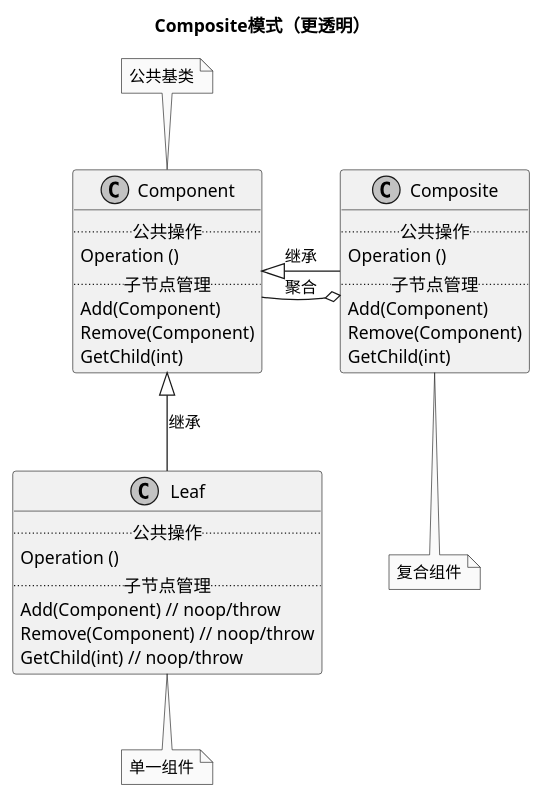
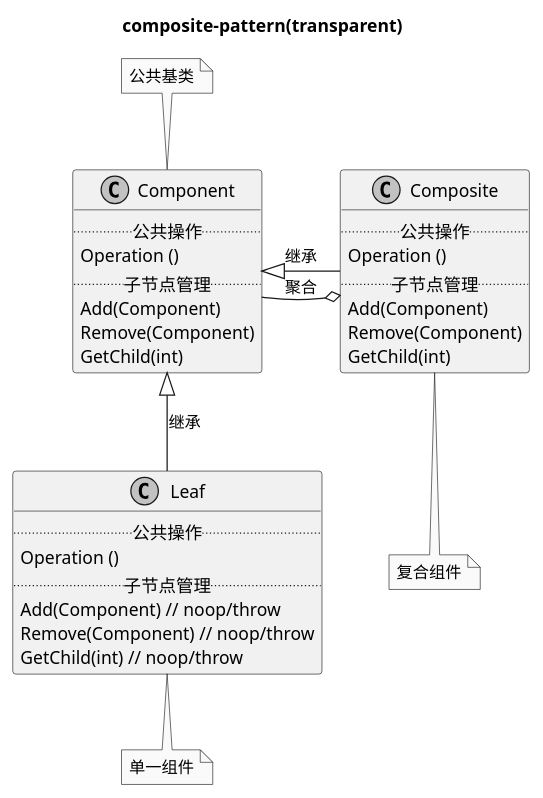
Before and after one commit to bestofsong/design-pattern: the diagram in graphs/composite.transparent.plantuml, drawn with PlantUML. The commit also changed 11 other files, not shown here.

```diff
--- a/graphs/composite.transparent.plantuml
+++ b/graphs/composite.transparent.plantuml
@@ -1,47 +1,47 @@
 @startuml
-title Composite模式（更透明）
+title composite-pattern(transparent)
 skinparam monochrome true
 
 class Component {
   ..公共操作..
   Operation ()
   ..子节点管理..
   Add(Component)
   Remove(Component)
   GetChild(int)
 }
 
 note top of Component
 公共基类
 end note
 
 class Leaf {
   ..公共操作..
   Operation ()
   ..子节点管理..
   Add(Component) // noop/throw
   Remove(Component) // noop/throw
   GetChild(int) // noop/throw
 }
 note bottom of Leaf
 单一组件
 end note
 
 class Composite {
   ..公共操作..
   Operation ()
   ..子节点管理..
   Add(Component)
   Remove(Component)
   GetChild(int)
 }
 note bottom of Composite
 复合组件
 end note
 
 
 Component <|-- Leaf : 继承
 Component <|- Composite : 继承
 Component -o Composite : 聚合
 
 @enduml
```
